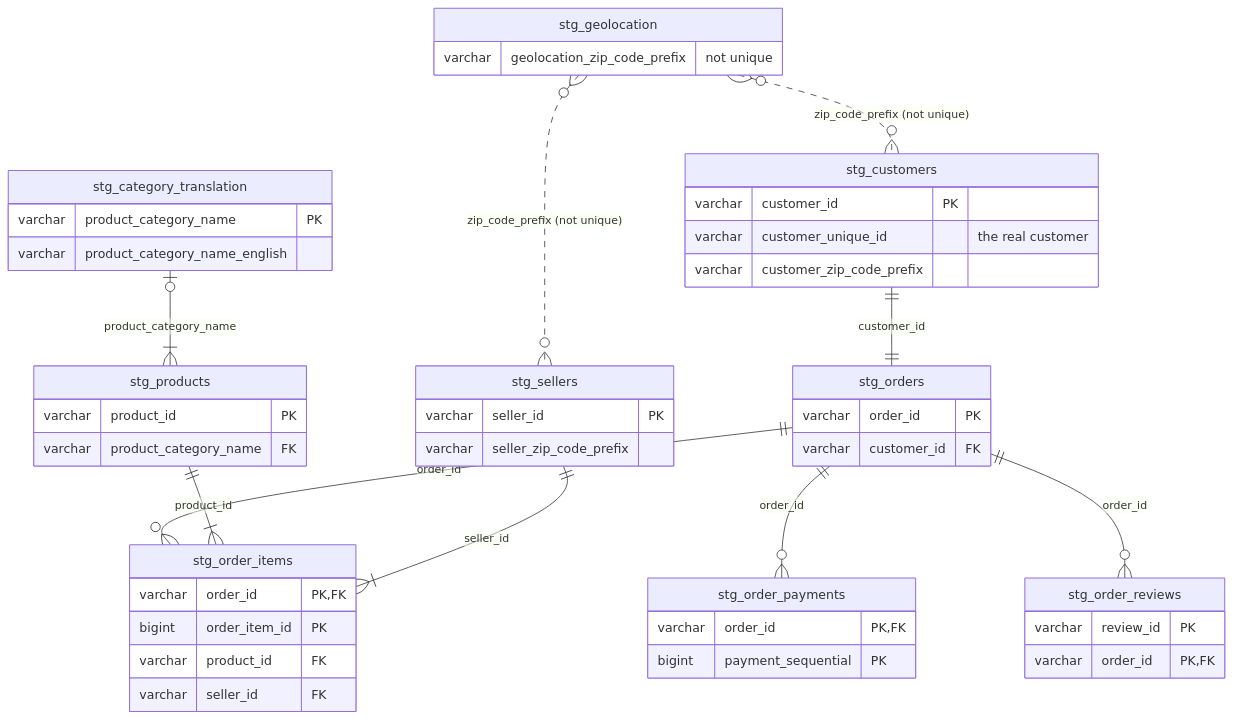
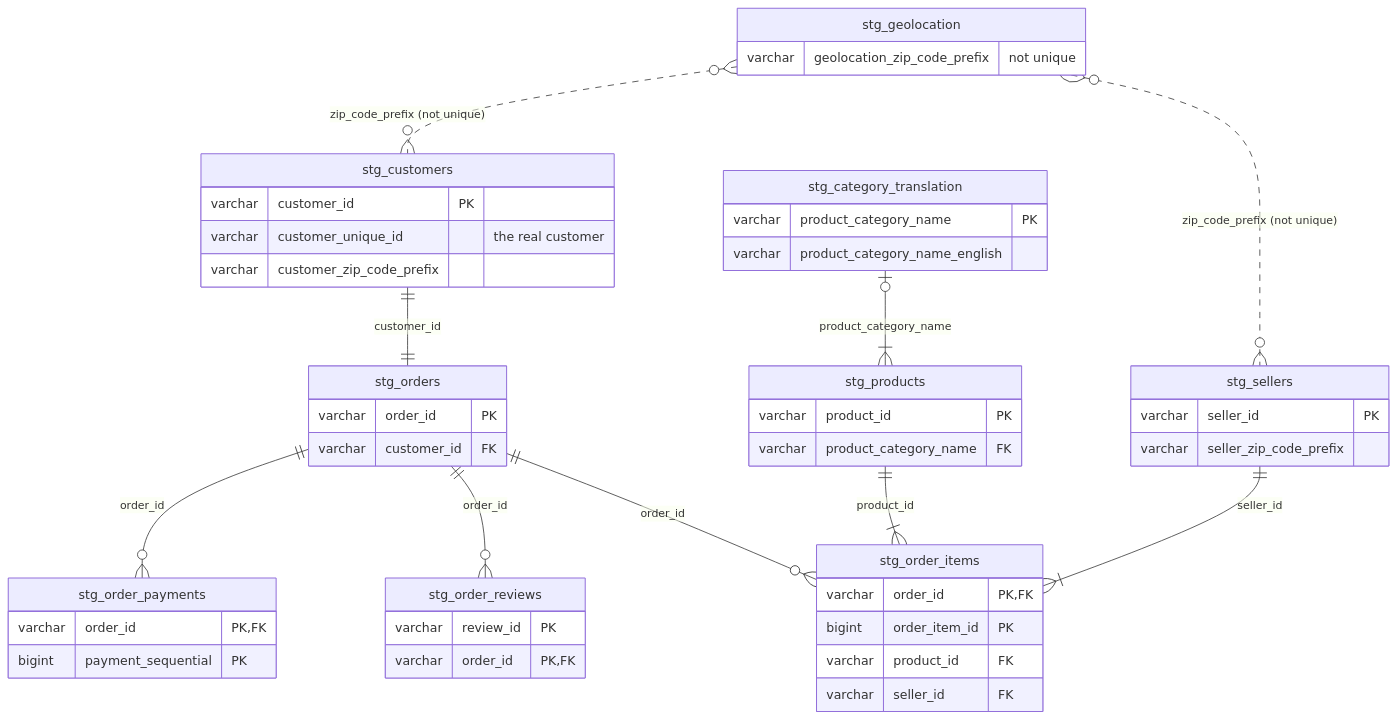
One commit to HenreyHu/olist-portfolio changed the diagram in docs/erd.md. Above: the diagram before and after it, drawn with Mermaid. The commit also changed other lines of this file, not shown here.

Commit message:
Order ERD relationships so no line crosses a table

````diff
--- a/docs/erd.md
+++ b/docs/erd.md
@@ -3,51 +3,51 @@
 ```mermaid
 erDiagram
     stg_customers ||--|| stg_orders : "customer_id"
-    stg_orders ||--o{ stg_order_items : "order_id"
     stg_orders ||--o{ stg_order_payments : "order_id"
     stg_orders ||--o{ stg_order_reviews : "order_id"
+    stg_orders ||--o{ stg_order_items : "order_id"
     stg_products ||--|{ stg_order_items : "product_id"
     stg_sellers ||--|{ stg_order_items : "seller_id"
     stg_category_translation |o--|{ stg_products : "product_category_name"
     stg_geolocation }o..o{ stg_customers : "zip_code_prefix (not unique)"
     stg_geolocation }o..o{ stg_sellers : "zip_code_prefix (not unique)"
 
     stg_customers {
         varchar customer_id PK
         varchar customer_unique_id "the real customer"
         varchar customer_zip_code_prefix
     }
     stg_orders {
         varchar order_id PK
         varchar customer_id FK
     }
     stg_order_items {
         varchar order_id PK, FK
         bigint order_item_id PK
         varchar product_id FK
         varchar seller_id FK
     }
     stg_order_payments {
         varchar order_id PK, FK
         bigint payment_sequential PK
     }
     stg_order_reviews {
         varchar review_id PK
         varchar order_id PK, FK
     }
     stg_products {
         varchar product_id PK
         varchar product_category_name FK
     }
     stg_sellers {
         varchar seller_id PK
         varchar seller_zip_code_prefix
     }
     stg_category_translation {
         varchar product_category_name PK
         varchar product_category_name_english
     }
     stg_geolocation {
         varchar geolocation_zip_code_prefix "not unique"
     }
 ```
````
